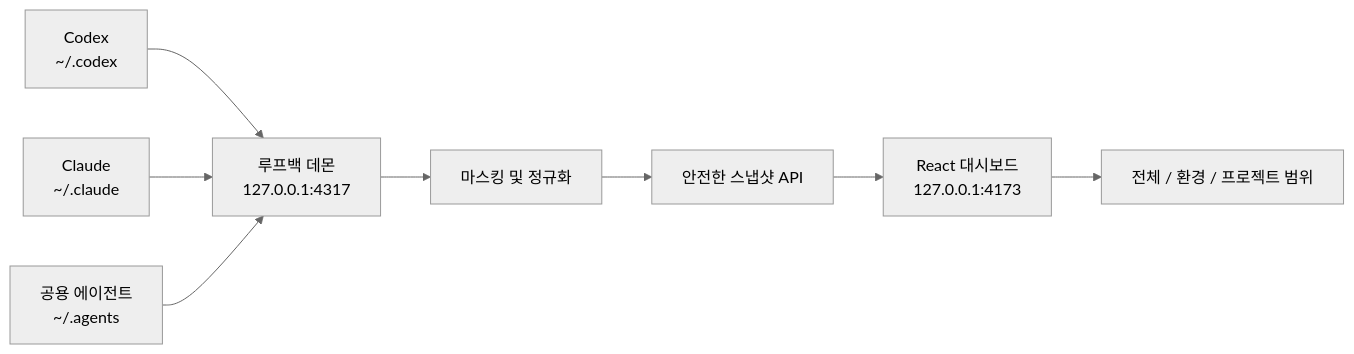
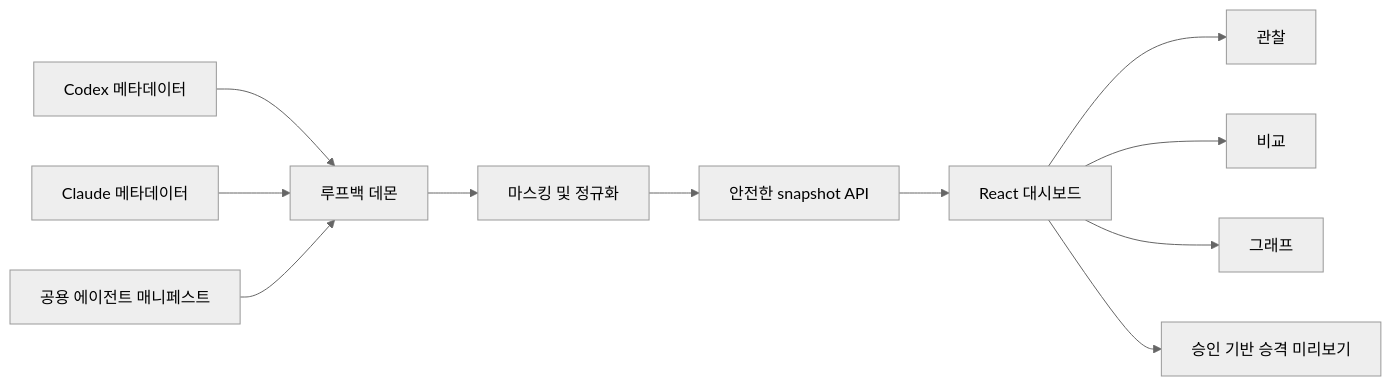
One commit to J3vn0/Agent-Observatory changed the diagram in README.ko.md. Above: the diagram before and after it, drawn with Mermaid (neutral theme). The commit also changed other lines of this file and 12 other files, not shown here.

```diff
--- a/README.ko.md
+++ b/README.ko.md
@@ -95,10 +166,13 @@
 ~~~mermaid
 flowchart LR
-  C["Codex<br/>~/.codex"] --> D["루프백 데몬<br/>127.0.0.1:4317"]
-  L["Claude<br/>~/.claude"] --> D
-  A["공용 에이전트<br/>~/.agents"] --> D
+  C["Codex 메타데이터"] --> D["루프백 데몬"]
+  L["Claude 메타데이터"] --> D
+  A["공용 에이전트 매니페스트"] --> D
   D --> R["마스킹 및 정규화"]
-  R --> S["안전한 스냅샷 API"]
-  S --> W["React 대시보드<br/>127.0.0.1:4173"]
-  W --> Q["전체 / 환경 / 프로젝트 범위"]
+  R --> S["안전한 snapshot API"]
+  S --> W["React 대시보드"]
+  W --> O["관찰"]
+  W --> X["비교"]
+  W --> G["그래프"]
+  W --> P["승인 기반 승격 미리보기"]
 ~~~
```
